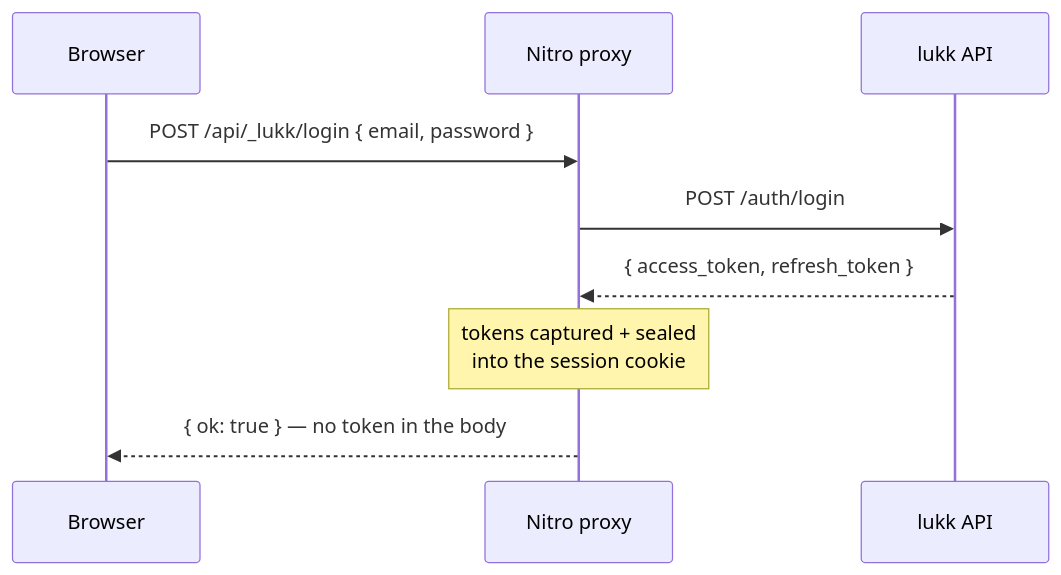
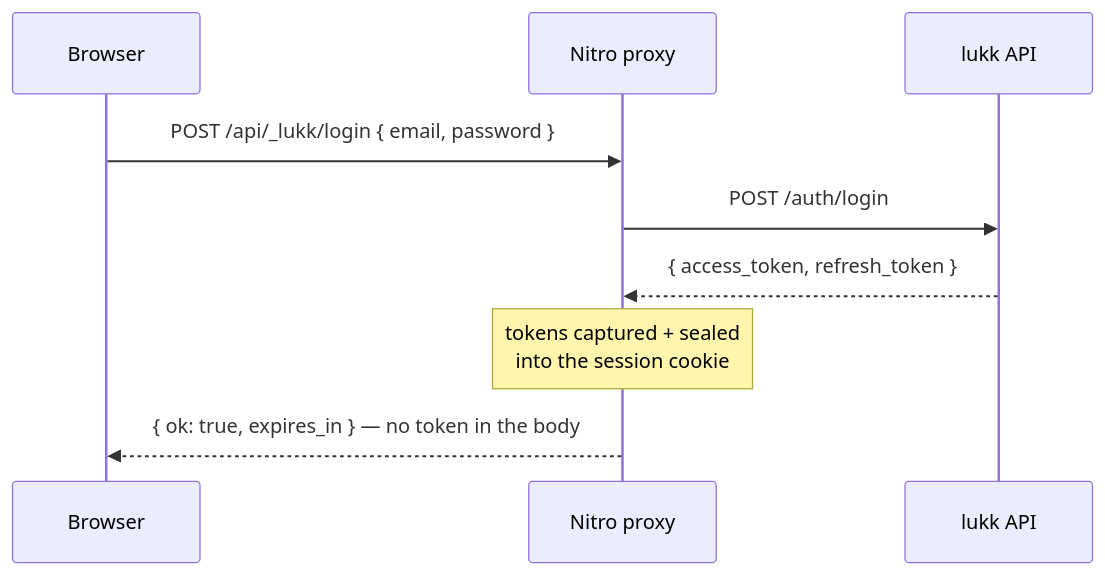
The second of 3 diagrams in docs/transport-modes.md (stsepelin/lukk-docs), drawn with Mermaid before and after one commit. The commit also changed other lines of this file and 31 other files, not shown here.

````diff
--- a/docs/transport-modes.md
+++ b/docs/transport-modes.md
@@ -21,11 +21,11 @@
 ```mermaid
 sequenceDiagram
     participant Browser
     participant Proxy as Nitro proxy
     participant Lukk as lukk API
     Browser->>Proxy: POST /api/_lukk/login { email, password }
     Proxy->>Lukk: POST /auth/login
     Lukk-->>Proxy: { access_token, refresh_token }
     Note over Proxy: tokens captured + sealed<br/>into the session cookie
-    Proxy-->>Browser: { ok: true } — no token in the body
+    Proxy-->>Browser: { ok: true, expires_in } — no token in the body
 ```
````
